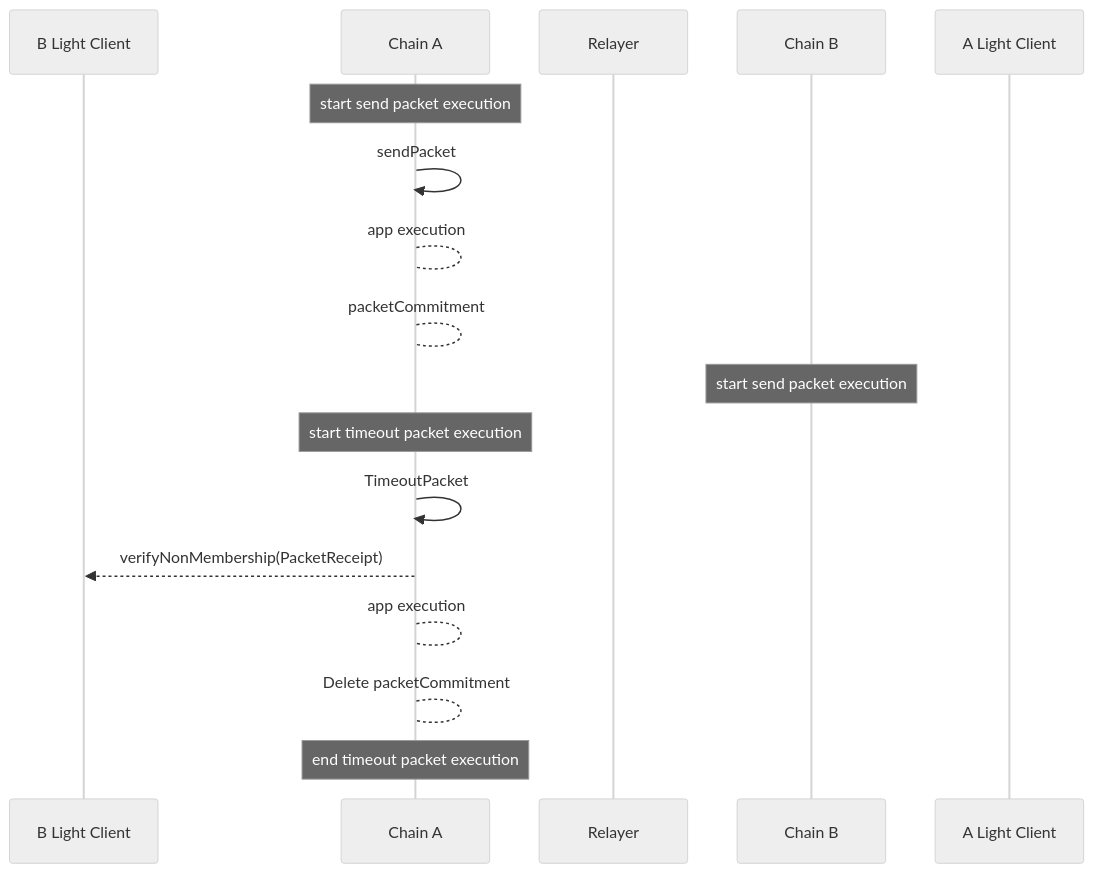
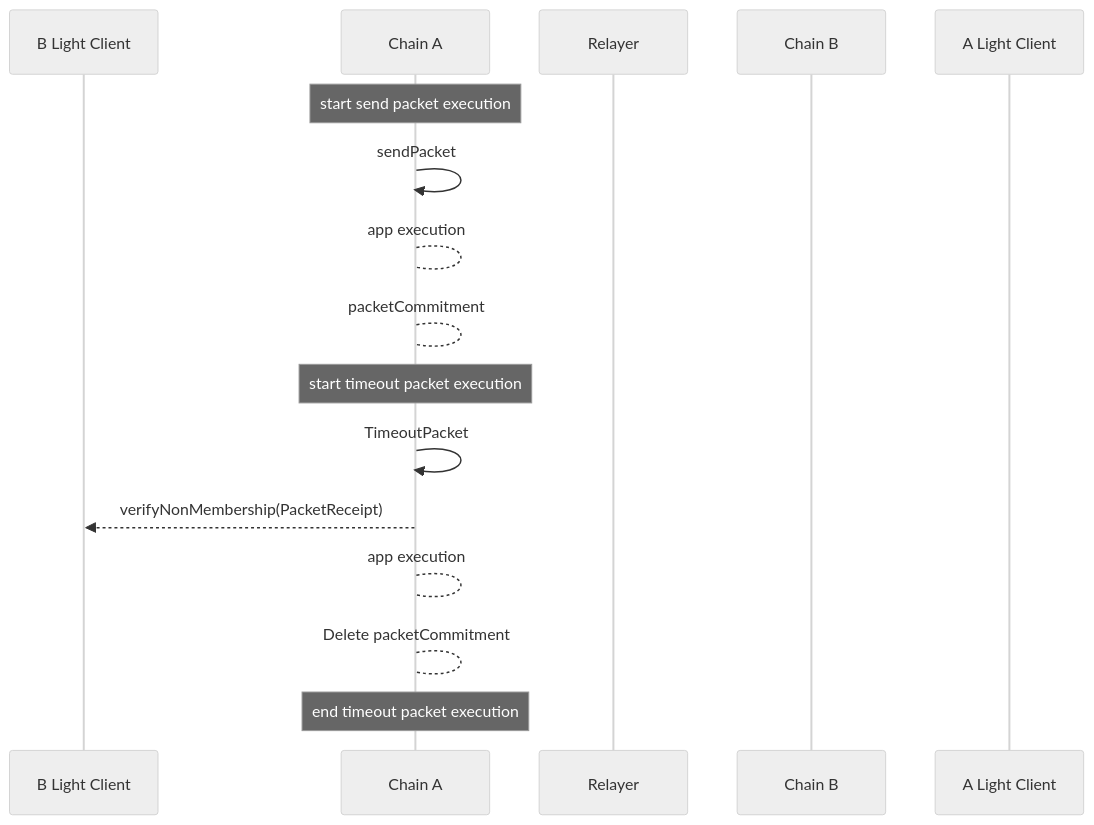
One commit to cosmos/ibc changed the fifth of 5 diagrams in spec/core/v2/ics-004-packet-semantics/README.md. Above: the diagram before and after it, drawn with Mermaid (neutral theme). The commit also changed other lines of this file, not shown here.

````diff
--- a/spec/core/v2/ics-004-packet-semantics/README.md
+++ b/spec/core/v2/ics-004-packet-semantics/README.md
@@ -493,20 +499,19 @@
 ```mermaid
 sequenceDiagram
     participant B Light Client     
     participant Chain A
     participant Relayer 
     participant Chain B
     participant A Light Client
     Note over Chain A: start send packet execution
     Chain A ->> Chain A : sendPacket
     Chain A --> Chain A : app execution
     Chain A --> Chain A : packetCommitment 
-    Note over Chain B: start send packet execution
     Note over Chain A: start timeout packet execution
     Chain A ->> Chain A : TimeoutPacket
     Chain A -->> B Light Client: verifyNonMembership(PacketReceipt)
     Chain A --> Chain A : app execution
     Chain A --> Chain A : Delete packetCommitment
     Note over Chain A: end timeout packet execution
      
 ```
````
